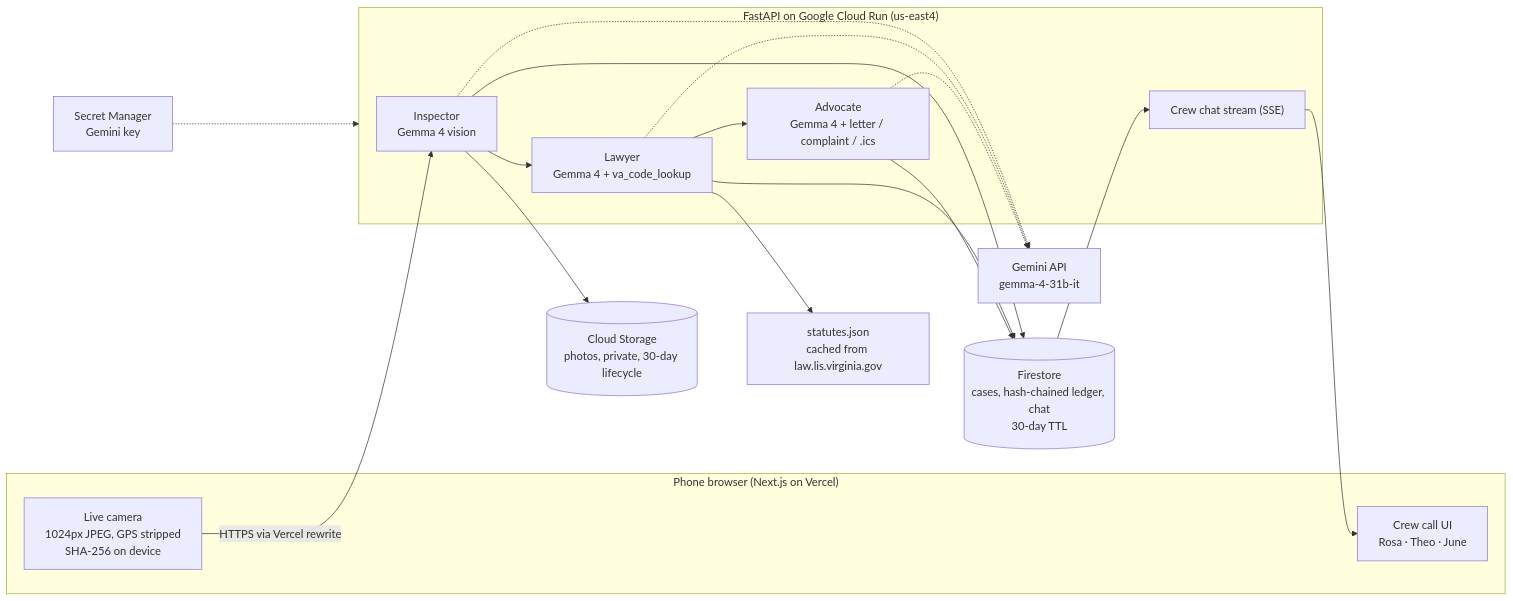
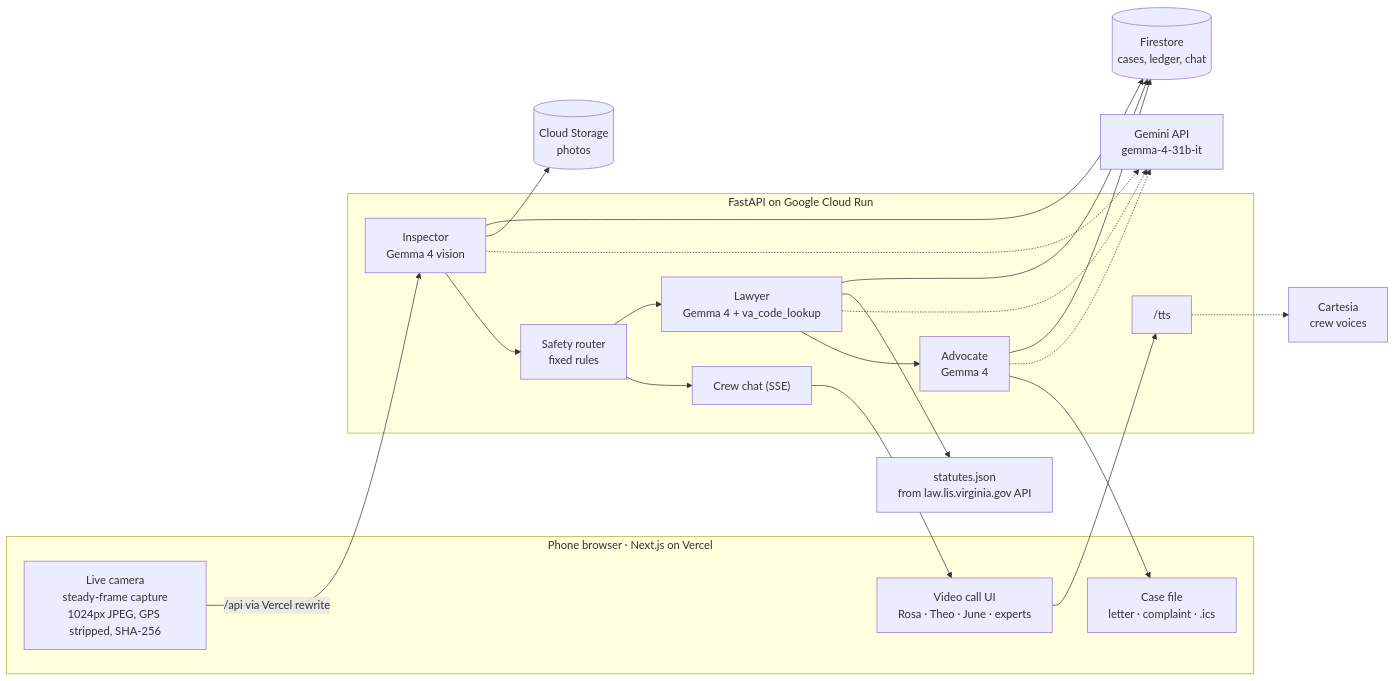
Before and after one commit to mayankgoel214/homecrew: the diagram in README.md, drawn with Mermaid. The commit also changed other lines of this file and 17 other files, not shown here.

First line of the commit message:
Cleanup pass: remove checklist feature leftovers and dead code; fix crew going silent after 'New case'; README and CLAUDE.md match the product

````diff
--- a/README.md
+++ b/README.md
@@ -60,28 +63,30 @@
 ```mermaid
 flowchart LR
-  subgraph Phone["Phone browser (Next.js on Vercel)"]
-    CAM["Live camera<br/>1024px JPEG, GPS stripped<br/>SHA-256 on device"]
-    CALL["Crew call UI<br/>Rosa · Theo · June"]
+  subgraph Phone["Phone browser · Next.js on Vercel"]
+    CAM["Live camera<br/>steady-frame capture<br/>1024px JPEG, GPS stripped, SHA-256"]
+    CALL["Video call UI<br/>Rosa · Theo · June · experts"]
+    FILE["Case file<br/>letter · complaint · .ics"]
   end
-  subgraph Run["FastAPI on Google Cloud Run (us-east4)"]
+  subgraph Run["FastAPI on Google Cloud Run"]
     INS["Inspector<br/>Gemma 4 vision"]
+    SAFE["Safety router<br/>fixed rules"]
     LAW["Lawyer<br/>Gemma 4 + va_code_lookup"]
-    ADV["Advocate<br/>Gemma 4 + letter / complaint / .ics"]
-    SSE["Crew chat stream (SSE)"]
+    ADV["Advocate<br/>Gemma 4"]
+    CHAT["Crew chat (SSE)"]
+    TTS["/tts"]
   end
   GEM["Gemini API<br/>gemma-4-31b-it"]
-  VA["statutes.json<br/>cached from law.lis.virginia.gov"]
-  FS[("Firestore<br/>cases, hash-chained ledger, chat<br/>30-day TTL")]
-  GCS[("Cloud Storage<br/>photos, private, 30-day lifecycle")]
-  SM["Secret Manager<br/>Gemini key"]
+  VA["statutes.json<br/>from law.lis.virginia.gov API"]
+  CART["Cartesia<br/>crew voices"]
+  FS[("Firestore<br/>cases, ledger, chat")]
+  GCS[("Cloud Storage<br/>photos")]
 
-  CAM -- "HTTPS via Vercel rewrite" --> INS
-  INS --> LAW --> ADV
+  CAM -- "/api via Vercel rewrite" --> INS --> SAFE --> CHAT
+  SAFE --> LAW --> ADV --> FILE
   INS & LAW & ADV -.-> GEM
   LAW --> VA
+  CHAT --> CALL
+  CALL --> TTS -.-> CART
+  INS --> GCS
   INS & LAW & ADV --> FS
-  INS --> GCS
-  SSE --> CALL
-  FS --> SSE
-  SM -.-> Run
 ```
````
